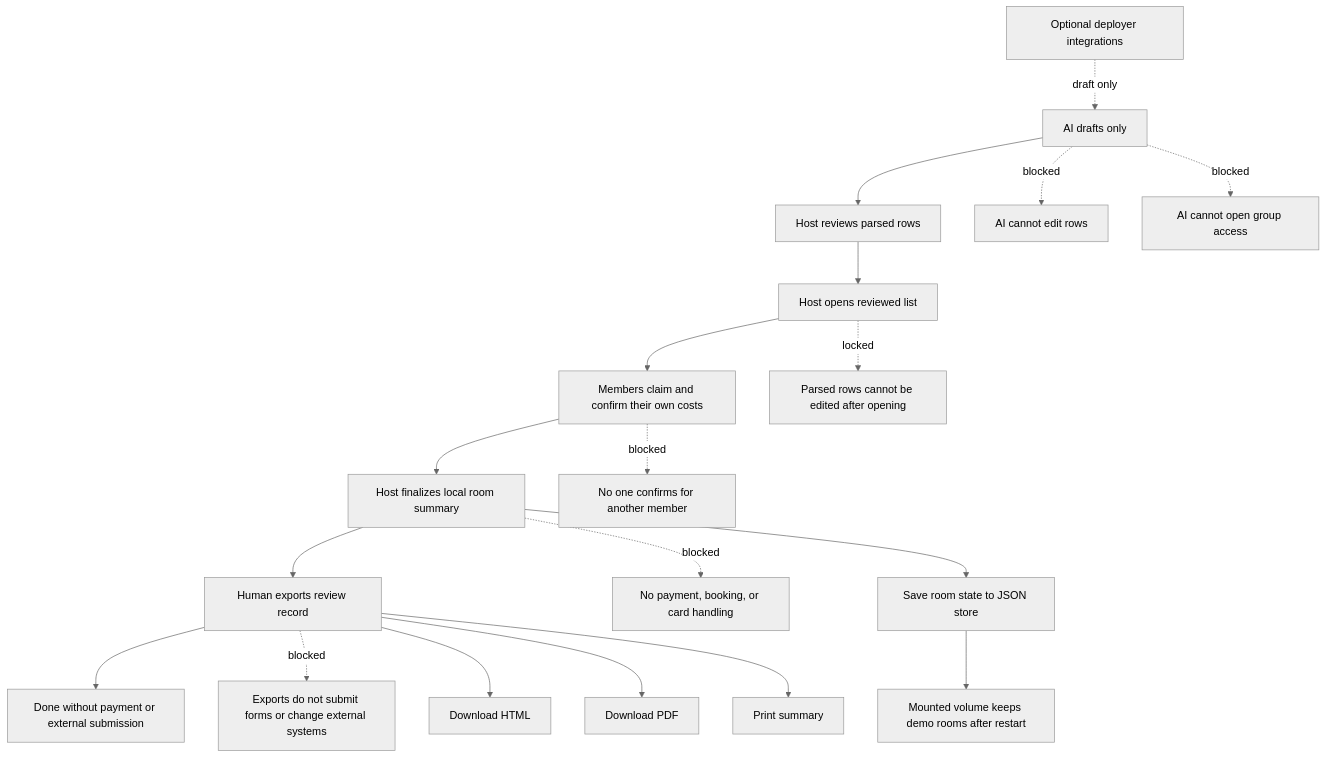
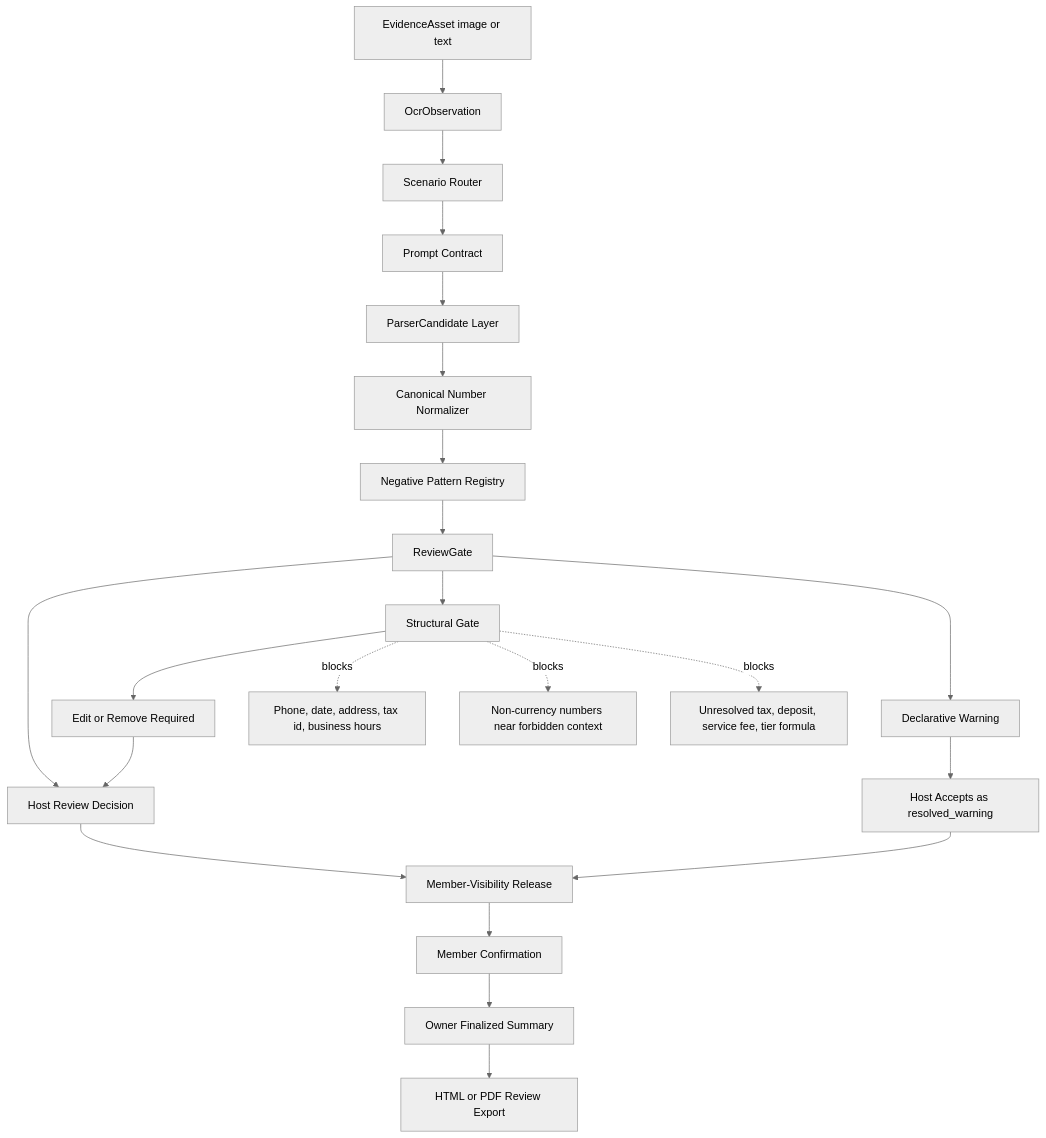
One commit to jiarong0423/shared-room-mcp changed the second of 2 diagrams in README.md. Above: the diagram before and after it, drawn with Mermaid (neutral theme). The commit also changed other lines of this file and 24 other files, not shown here.

````diff
--- a/README.md
+++ b/README.md
@@ -215,24 +214,27 @@
 ```mermaid
 flowchart TD
-  A[AI drafts only] --> B[Host reviews parsed rows]
-  B --> C[Host opens reviewed list]
-  C --> D[Members claim and confirm their own costs]
-  D --> E[Host finalizes local room summary]
-  E --> F[Human exports review record]
-  F --> DONE[Done without payment or external submission]
+  L0[EvidenceAsset image or text] --> L1[OcrObservation]
+  L1 --> L2[Scenario Router]
+  L2 --> L3[Prompt Contract]
+  L3 --> L4[ParserCandidate Layer]
+  L4 --> L5[Canonical Number Normalizer]
+  L5 --> L6[Negative Pattern Registry]
+  L6 --> L7[ReviewGate]
+  L7 --> L8[Host Review Decision]
+  L8 --> L9[Member-Visibility Release]
+  L9 --> L10[Member Confirmation]
+  L10 --> L11[Owner Finalized Summary]
+  L11 --> L12[HTML or PDF Review Export]
 
-  A -. blocked .-> X1[AI cannot edit rows]
-  A -. blocked .-> X2[AI cannot open group access]
-  C -. locked .-> X3[Parsed rows cannot be edited after opening]
-  D -. blocked .-> X4[No one confirms for another member]
-  E -. blocked .-> X5[No payment, booking, or card handling]
-  F -. blocked .-> X6[Exports do not submit forms or change external systems]
+  L7 --> W[Declarative Warning]
+  W --> RW[Host Accepts as resolved_warning]
+  RW --> L9
 
-  E --> SAVE[Save room state to JSON store]
-  F --> HTML[Download HTML]
-  F --> PDF[Download PDF]
-  F --> PRINT[Print summary]
-  SAVE --> VOL[Mounted volume keeps demo rooms after restart]
+  L7 --> S[Structural Gate]
+  S --> ER[Edit or Remove Required]
+  ER --> L8
 
-  OPTIONAL[Optional deployer integrations] -. draft only .-> A
+  S -. blocks .-> B1[Phone, date, address, tax id, business hours]
+  S -. blocks .-> B2[Non-currency numbers near forbidden context]
+  S -. blocks .-> B3[Unresolved tax, deposit, service fee, tier formula]
 ```
````
